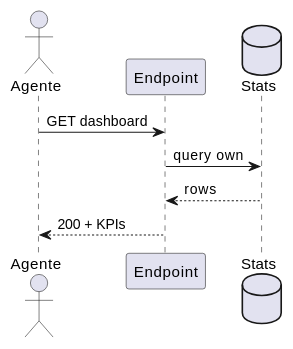
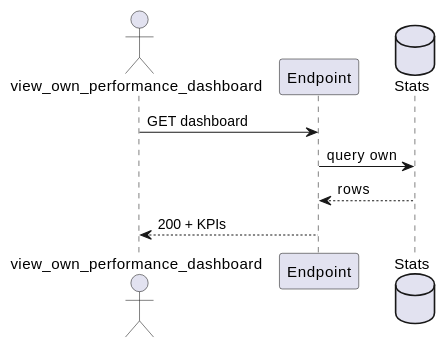
The fourth of 4 diagrams in source/requisitos/casos-uso/operator/uc-opr-08/diagramas-uml.rst (jcg-admin/IACT-docs), drawn with PlantUML before and after one commit. The commit also changed other lines of this file and 77 other files, not shown here.

First line of the commit message:
Enforce RBAC function names as actors in all UML diagrams

```diff
--- a/source/requisitos/casos-uso/operator/uc-opr-08/diagramas-uml.rst
+++ b/source/requisitos/casos-uso/operator/uc-opr-08/diagramas-uml.rst
@@ -56,11 +56,11 @@
 .. uml::
 
  @startuml
- actor "Agente" as A
+ actor "view_own_performance_dashboard" as A
  participant "Endpoint" as E
  database "Stats" as S
  A -> E: GET dashboard
  E -> S: query own
  S --> E: rows
  E --> A: 200 + KPIs
  @enduml
```
